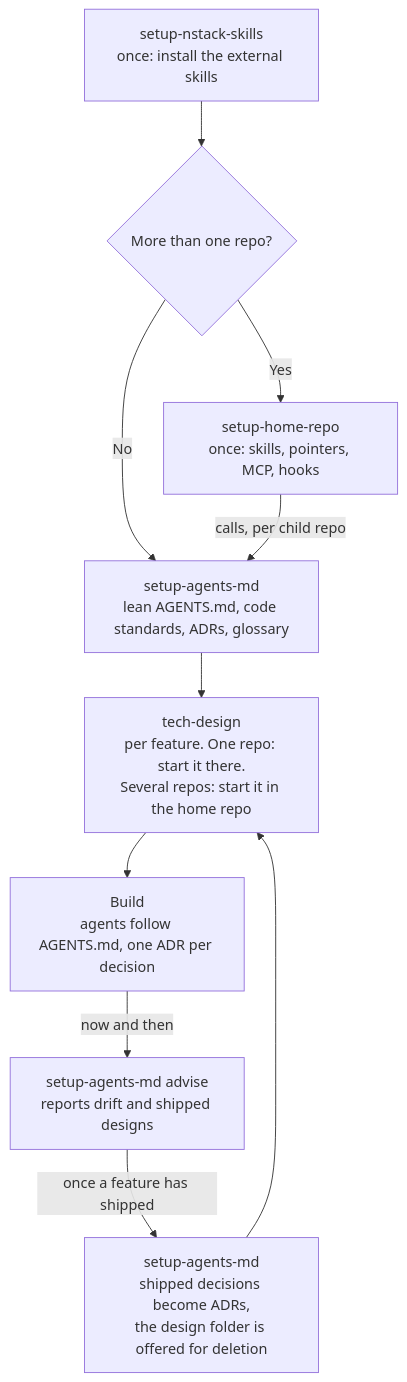
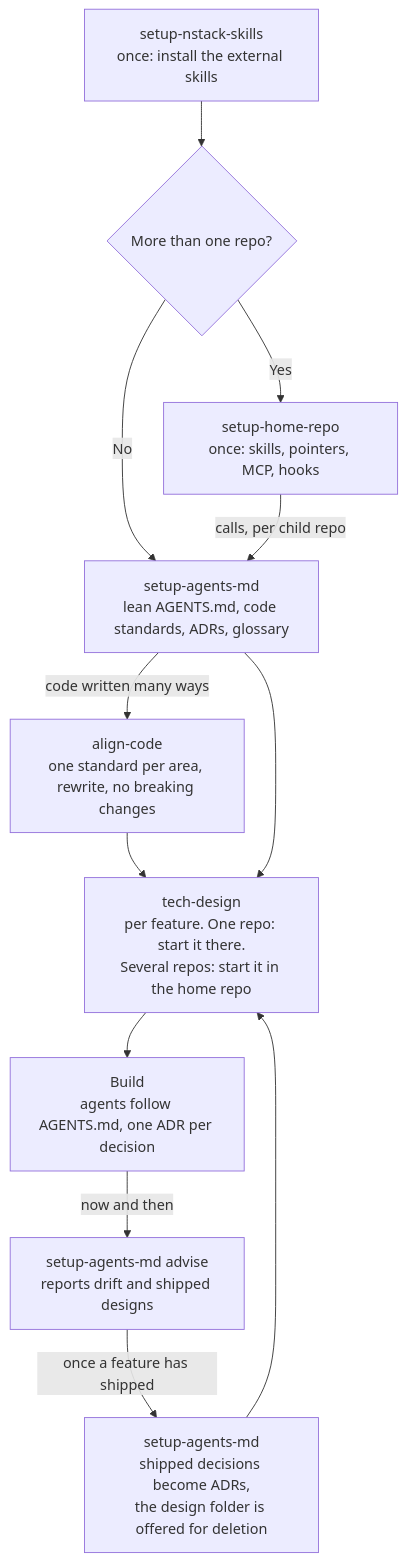
The diagram in README.md (svennijhuis/nstack), drawn with Mermaid before and after one commit. The commit also changed other lines of this file and 13 other files, not shown here.

First line of the commit message:
Add align-code: one standard per area, no breaking changes

````diff
--- a/README.md
+++ b/README.md
@@ -17,12 +18,14 @@
 ```mermaid
 flowchart TD
     A[setup-nstack-skills<br/>once: install the external skills] --> B{More than one repo?}
     B -->|Yes| C[setup-home-repo<br/>once: skills, pointers, MCP, hooks]
     B -->|No| D
     C -->|calls, per child repo| D[setup-agents-md<br/>lean AGENTS.md, code standards, ADRs, glossary]
+    D -->|code written many ways| I[align-code<br/>one standard per area, rewrite, no breaking changes]
+    I --> E
     D --> E[tech-design<br/>per feature. One repo: start it there.<br/>Several repos: start it in the home repo]
     E --> F[Build<br/>agents follow AGENTS.md, one ADR per decision]
     F -->|now and then| G[setup-agents-md advise<br/>reports drift and shipped designs]
     G -->|once a feature has shipped| H[setup-agents-md<br/>shipped decisions become ADRs,<br/>the design folder is offered for deletion]
     H --> E
 ```
````
